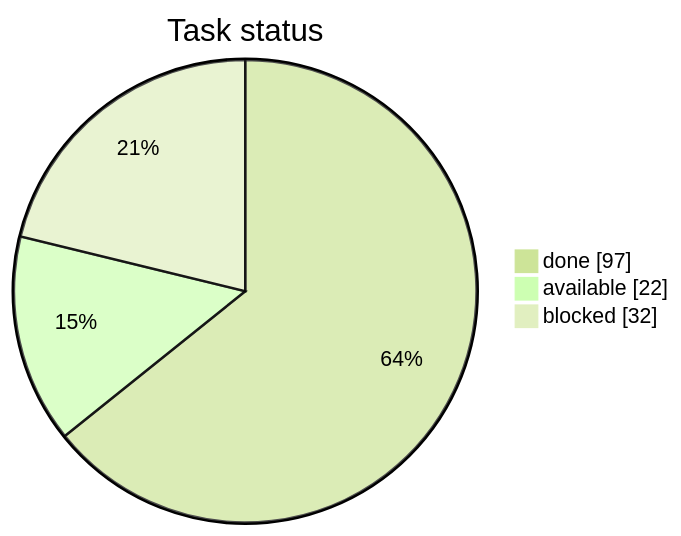
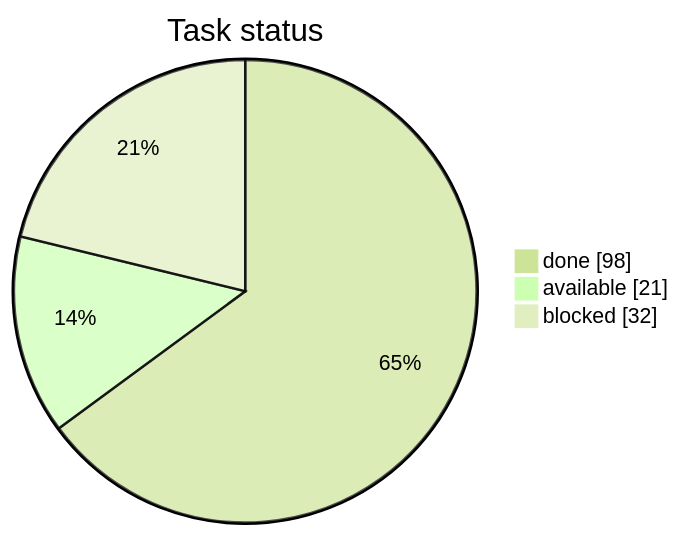
One commit to artemiiShabanov/RallyRivals changed the first of 3 diagrams in STATUS.md. Above: the diagram before and after it, drawn with Mermaid (forest theme). The commit also changed other lines of this file and 4 other files, not shown here.

````diff
--- a/STATUS.md
+++ b/STATUS.md
@@ -7,7 +7,7 @@
 ```mermaid
 pie showData
     title Task status
-    "done" : 97
-    "available" : 22
+    "done" : 98
+    "available" : 21
     "blocked" : 32
 ```
````
